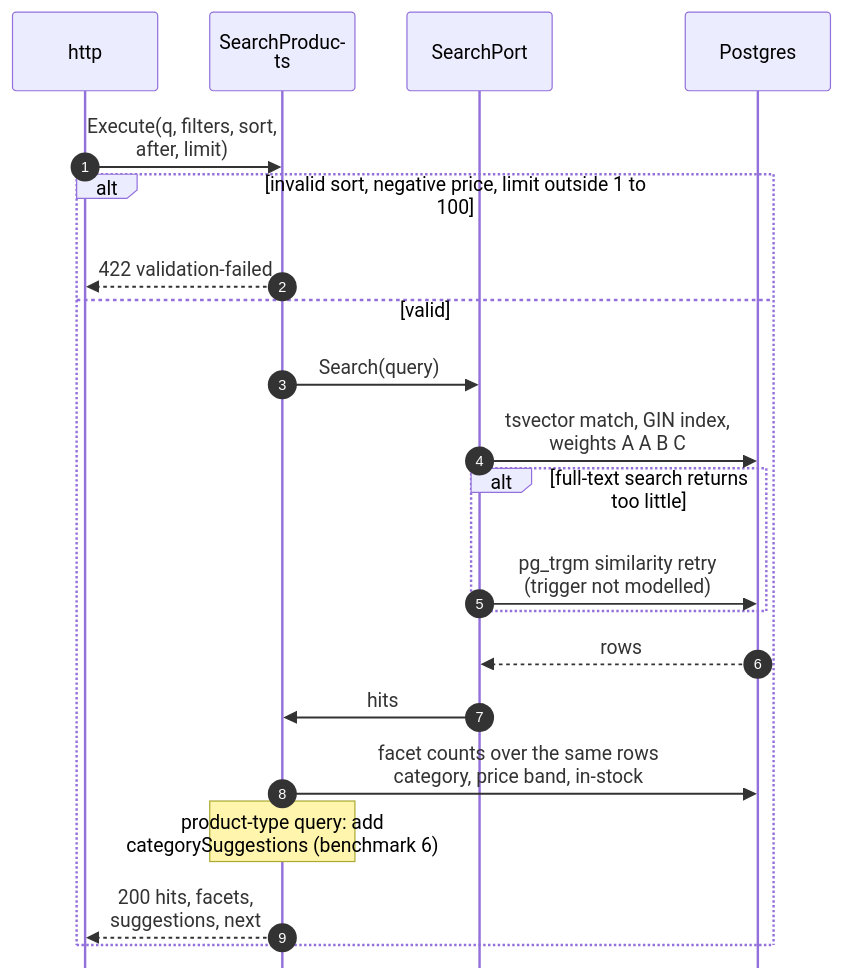
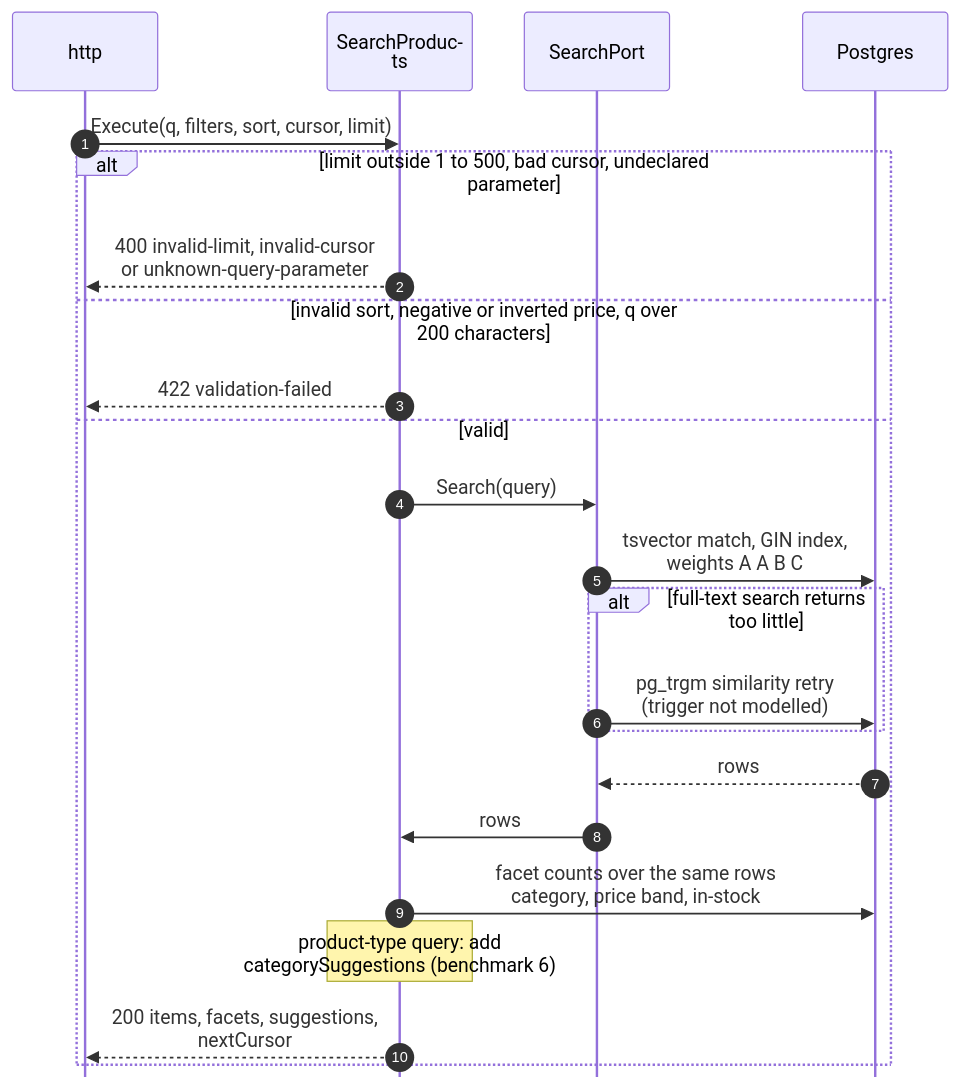
The first of 7 diagrams in storefront/docs/contexts/product-discovery/sequence-diagrams.md (IQVO/warehouse-docs), drawn with Mermaid before and after one commit. The commit also changed other lines of this file and 8 other files, not shown here.

Commit message:
docs(storefront): product-discovery pack and model follow the repo (REST paging 1..500, 400 invalid-limit, cursor/items/nextCursor, five more slugs, suppress before create is skipped and logged); full routes in labels for the drift gate

````diff
--- a/storefront/docs/contexts/product-discovery/sequence-diagrams.md
+++ b/storefront/docs/contexts/product-discovery/sequence-diagrams.md
@@ -33,24 +33,26 @@
 ```mermaid
 %%{init: {"sequence": {"wrap": true, "width": 120, "actorMargin": 24, "messageMargin": 28, "boxMargin": 6, "noteMargin": 6, "mirrorActors": false}}}%%
 sequenceDiagram
     autonumber
     participant H as http
     participant UC as SearchProducts
     participant SP as SearchPort
     participant DB as Postgres
-    H->>UC: Execute(q, filters, sort, after, limit)
-    alt invalid sort, negative price, limit outside 1 to 100
+    H->>UC: Execute(q, filters, sort, cursor, limit)
+    alt limit outside 1 to 500, bad cursor, undeclared parameter
+        UC-->>H: 400 invalid-limit, invalid-cursor<br/>or unknown-query-parameter
+    else invalid sort, negative or inverted price, q over 200 characters
         UC-->>H: 422 validation-failed
     else valid
         UC->>SP: Search(query)
         SP->>DB: tsvector match, GIN index,<br/>weights A A B C
         alt full-text search returns too little
             SP->>DB: pg_trgm similarity retry<br/>(trigger not modelled)
         end
         DB-->>SP: rows
-        SP->>UC: hits
+        SP->>UC: rows
         UC->>DB: facet counts over the same rows<br/>category, price band, in-stock
         Note over UC: product-type query: add<br/>categorySuggestions (benchmark 6)
-        UC-->>H: 200 hits, facets, suggestions, next
+        UC-->>H: 200 items, facets, suggestions, nextCursor
     end
 ```
````
